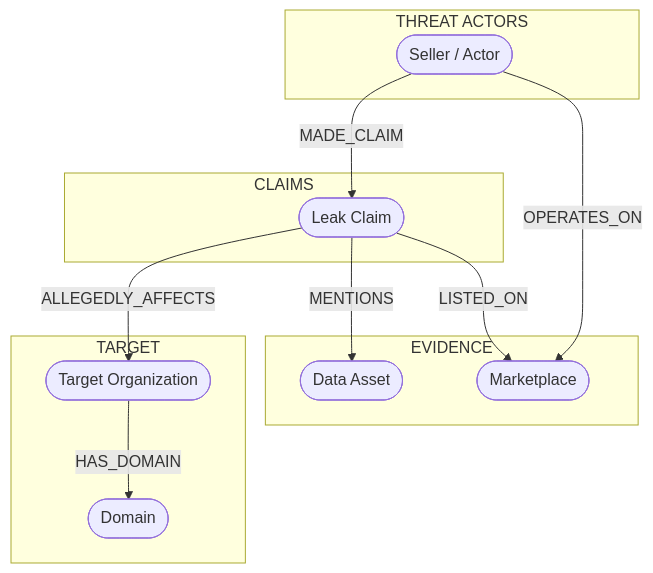
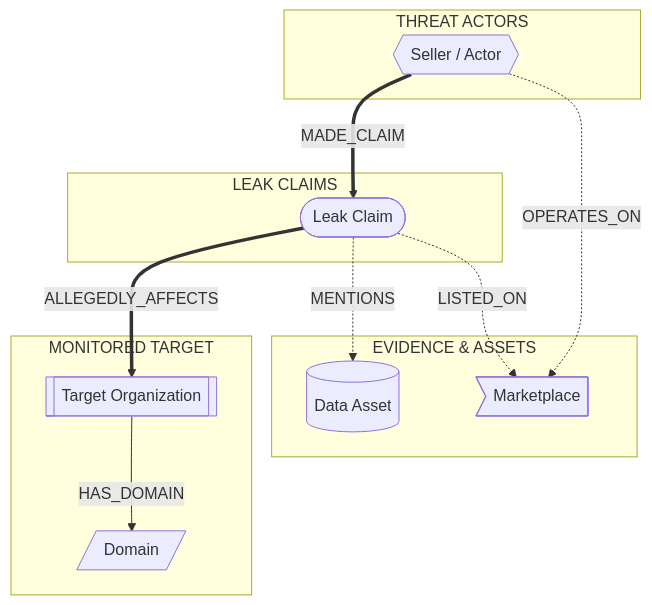
One commit to Muskankalonia/nocturne changed the second of 2 diagrams in README.md. Above: the diagram before and after it, drawn with Mermaid. The commit also changed other lines of this file, not shown here.

Commit message:
Beautify knowledge graph: distinct node shapes, edge weights, and relationship table
.... Generated with [Cortex Code](https://docs.snowflake.com/en/user-guide/cortex-code/cortex-code)

````diff
--- a/README.md
+++ b/README.md
@@ -303,27 +303,27 @@
 ```mermaid
 flowchart TB
   subgraph actors ["THREAT ACTORS"]
-    Actor(["Seller / Actor"])
+    Actor{{"Seller / Actor"}}
   end
 
-  subgraph claims ["CLAIMS"]
+  subgraph claims ["LEAK CLAIMS"]
     Claim(["Leak Claim"])
   end
 
-  subgraph targets ["TARGET"]
-    Target(["Target Organization"])
-    Domain(["Domain"])
+  subgraph targets ["MONITORED TARGET"]
+    Target[["Target Organization"]]
+    Domain[/"Domain"/]
   end
 
-  subgraph assets ["EVIDENCE"]
-    Asset(["Data Asset"])
-    Market(["Marketplace"])
+  subgraph evidence ["EVIDENCE & ASSETS"]
+    Asset[("Data Asset")]
+    Market>"Marketplace"]
   end
 
-  Actor -->|"MADE_CLAIM"| Claim
-  Claim -->|"ALLEGEDLY_AFFECTS"| Target
-  Claim -->|"MENTIONS"| Asset
-  Claim -->|"LISTED_ON"| Market
+  Actor ==>|"MADE_CLAIM"| Claim
+  Claim ==>|"ALLEGEDLY_AFFECTS"| Target
+  Claim -.->|"MENTIONS"| Asset
+  Claim -.->|"LISTED_ON"| Market
   Target -->|"HAS_DOMAIN"| Domain
-  Actor -->|"OPERATES_ON"| Market
+  Actor -.->|"OPERATES_ON"| Market
 ```
````
